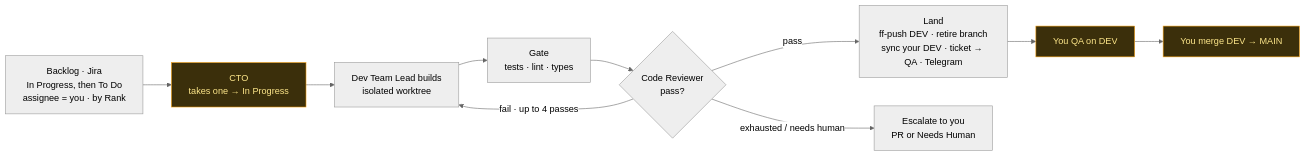
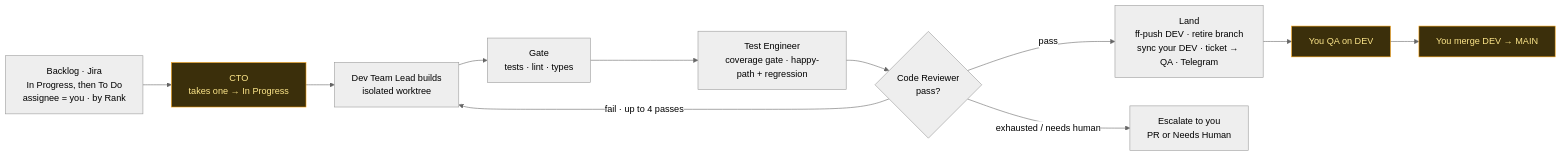
The second of 3 diagrams in ORG.md (roman-berlin/Elite-Squad), drawn with Mermaid (neutral theme) before and after one commit. The commit also changed other lines of this file, not shown here.

First paragraph of the commit message:
EU-37: Recruit Test Engineer officer into the unit
Markdown-only edits — no test impact. The implementation was substantially complete from the prior (re-opened) iteration; I verified it end-to-end and completed the org-chart recruitment. Final state confirmed green.

````diff
--- a/ORG.md
+++ b/ORG.md
@@ -51,15 +51,16 @@
 ```mermaid
 flowchart LR
     BL["Backlog · Jira<br/>In Progress, then To Do<br/>assignee = you · by Rank"] --> GEN["CTO<br/>takes one → In Progress"]
     GEN --> BUILD["Dev Team Lead builds<br/>isolated worktree"]
     BUILD --> GATE["Gate<br/>tests · lint · types"]
-    GATE --> REV{"Code Reviewer<br/>pass?"}
+    GATE --> TE["Test Engineer<br/>coverage gate · happy-path + regression"]
+    TE --> REV{"Code Reviewer<br/>pass?"}
     REV -- "fail · up to 4 passes" --> BUILD
     REV -- "pass" --> LAND["Land<br/>ff-push DEV · retire branch<br/>sync your DEV · ticket → QA · Telegram"]
     REV -- "exhausted / needs human" --> ESC["Escalate to you<br/>PR or Needs Human"]
     LAND --> QA["You QA on DEV"]
     QA --> MAIN["You merge DEV → MAIN"]
 
     classDef cmd fill:#3b2f0b,stroke:#f59e0b,color:#fde68a;
     class GEN,QA,MAIN cmd;
 ```
````
